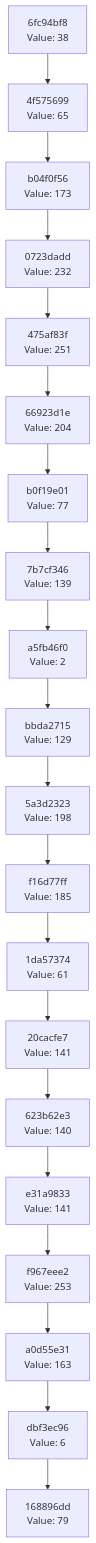
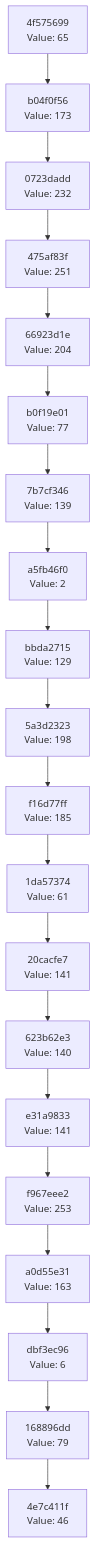
Before and after one commit to Abhisheksinha1506/hash-chain-evolver: the diagram in docs/CHAIN_VISUALIZATION.md, drawn with Mermaid. The commit also changed 3 other files, not shown here.

````diff
--- a/docs/CHAIN_VISUALIZATION.md
+++ b/docs/CHAIN_VISUALIZATION.md
@@ -3,42 +3,42 @@
 ```mermaid
 graph TD
-    C0["168896dd<br/>Value: 79"]
-    C1["dbf3ec96<br/>Value: 6"]
+    C0["4e7c411f<br/>Value: 46"]
+    C1["168896dd<br/>Value: 79"]
     C1 --> C0
-    C2["a0d55e31<br/>Value: 163"]
+    C2["dbf3ec96<br/>Value: 6"]
     C2 --> C1
-    C3["f967eee2<br/>Value: 253"]
+    C3["a0d55e31<br/>Value: 163"]
     C3 --> C2
-    C4["e31a9833<br/>Value: 141"]
+    C4["f967eee2<br/>Value: 253"]
     C4 --> C3
-    C5["623b62e3<br/>Value: 140"]
+    C5["e31a9833<br/>Value: 141"]
     C5 --> C4
-    C6["20cacfe7<br/>Value: 141"]
+    C6["623b62e3<br/>Value: 140"]
     C6 --> C5
-    C7["1da57374<br/>Value: 61"]
+    C7["20cacfe7<br/>Value: 141"]
     C7 --> C6
-    C8["f16d77ff<br/>Value: 185"]
+    C8["1da57374<br/>Value: 61"]
     C8 --> C7
-    C9["5a3d2323<br/>Value: 198"]
+    C9["f16d77ff<br/>Value: 185"]
     C9 --> C8
-    C10["bbda2715<br/>Value: 129"]
+    C10["5a3d2323<br/>Value: 198"]
     C10 --> C9
-    C11["a5fb46f0<br/>Value: 2"]
+    C11["bbda2715<br/>Value: 129"]
     C11 --> C10
-    C12["7b7cf346<br/>Value: 139"]
+    C12["a5fb46f0<br/>Value: 2"]
     C12 --> C11
-    C13["b0f19e01<br/>Value: 77"]
+    C13["7b7cf346<br/>Value: 139"]
     C13 --> C12
-    C14["66923d1e<br/>Value: 204"]
+    C14["b0f19e01<br/>Value: 77"]
     C14 --> C13
-    C15["475af83f<br/>Value: 251"]
+    C15["66923d1e<br/>Value: 204"]
     C15 --> C14
-    C16["0723dadd<br/>Value: 232"]
+    C16["475af83f<br/>Value: 251"]
     C16 --> C15
-    C17["b04f0f56<br/>Value: 173"]
+    C17["0723dadd<br/>Value: 232"]
     C17 --> C16
-    C18["4f575699<br/>Value: 65"]
+    C18["b04f0f56<br/>Value: 173"]
     C18 --> C17
-    C19["6fc94bf8<br/>Value: 38"]
+    C19["4f575699<br/>Value: 65"]
     C19 --> C18
 ```
````
